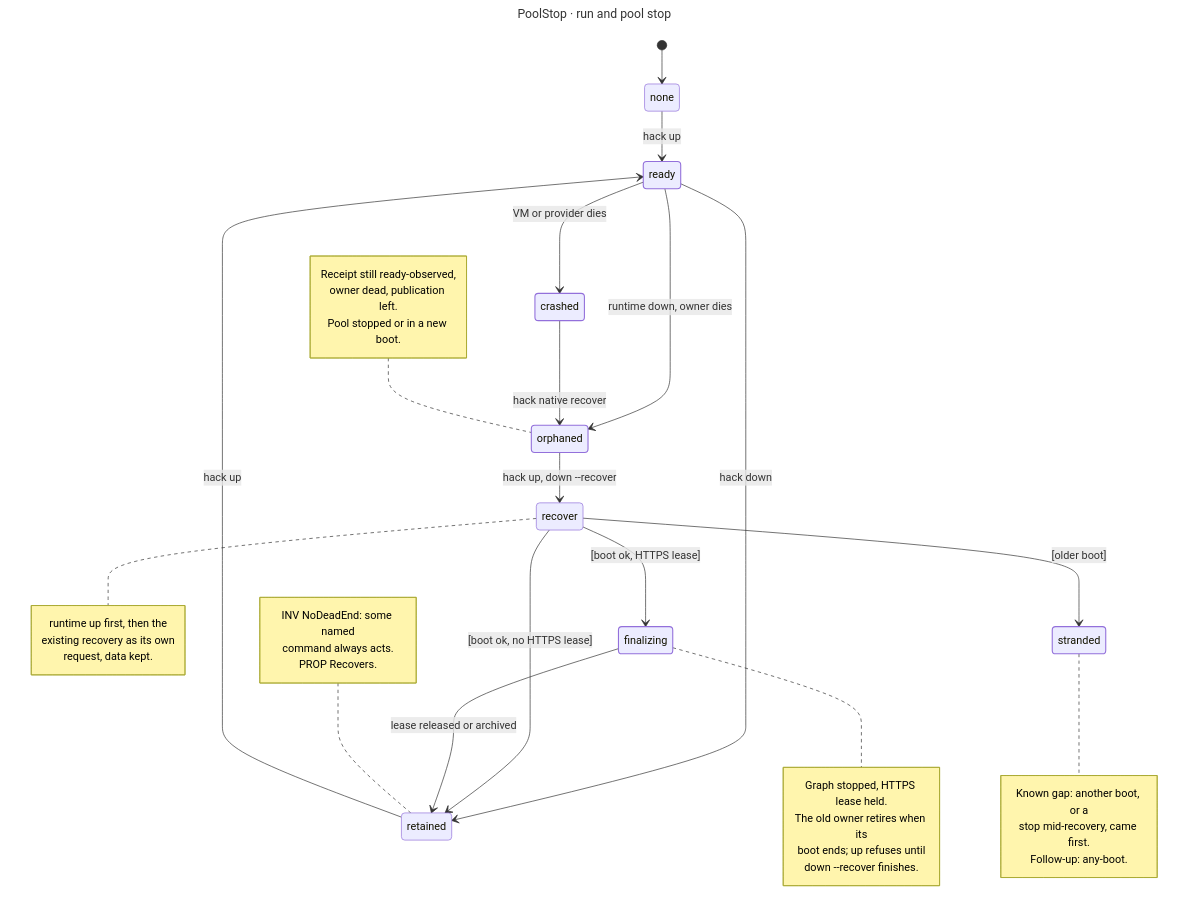
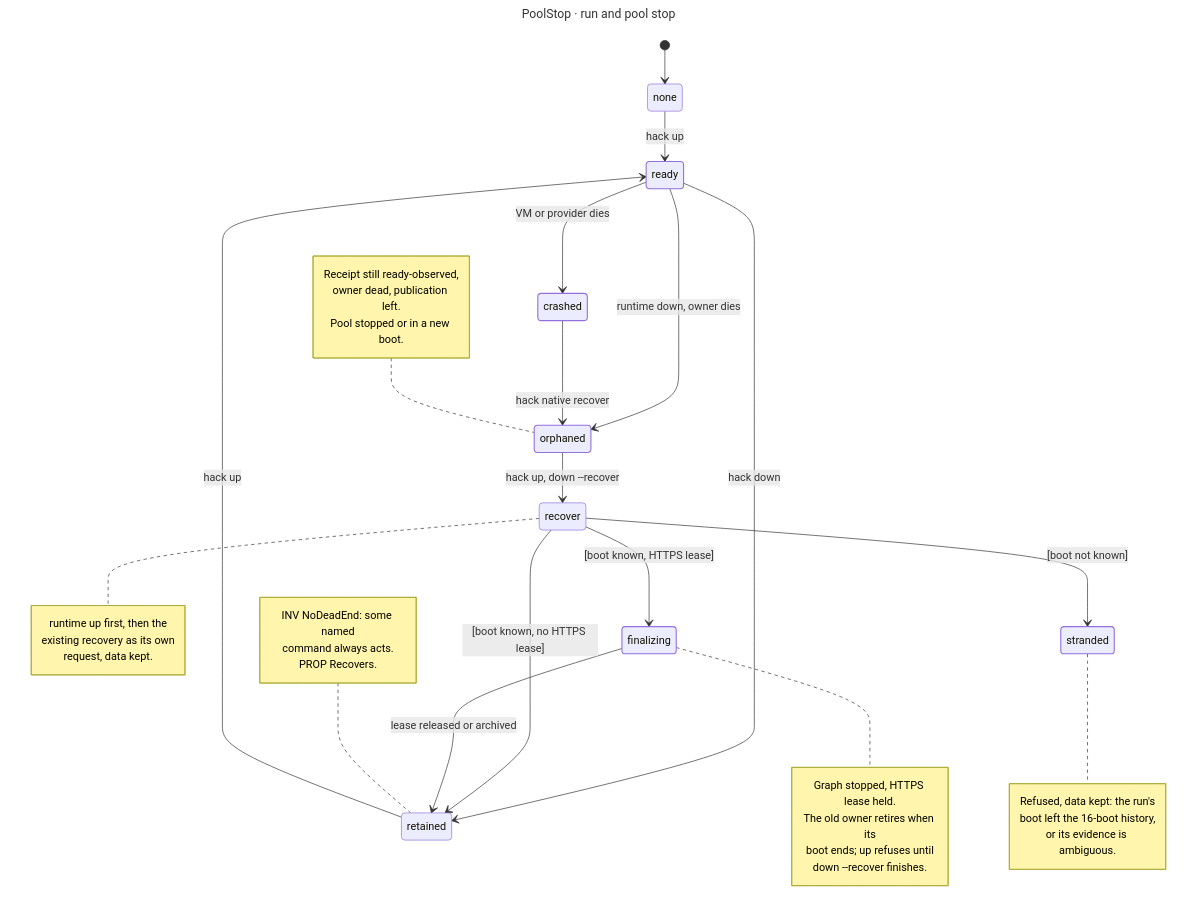
One commit to hack-dance/hack changed the diagram in docs/diagrams/native-pool-stop.mmd. Above: the diagram before and after it, drawn with Mermaid. The commit also changed 22 other files, not shown here.

```diff
--- a/docs/diagrams/native-pool-stop.mmd
+++ b/docs/diagrams/native-pool-stop.mmd
@@ -1,55 +1,55 @@
 ---
 title: PoolStop · run and pool stop
 ---
 stateDiagram-v2
     direction TB
     classDef ok stroke-width:1.6px
     classDef wait stroke-width:1.6px
     classDef fail stroke-width:1.6px
 
     [*] --> none
     none --> ready : hack up
     retained --> ready : hack up
     ready --> retained : hack down
     ready --> orphaned : runtime down, owner dies
     ready --> crashed : VM or provider dies
     crashed --> orphaned : hack native recover
     orphaned --> recover : hack up, down --recover
     state recover <<choice>>
-    recover --> retained : [boot ok, no HTTPS lease]
-    recover --> finalizing : [boot ok, HTTPS lease]
-    recover --> stranded : [older boot]
+    recover --> retained : [boot known, no HTTPS lease]
+    recover --> finalizing : [boot known, HTTPS lease]
+    recover --> stranded : [boot not known]
     finalizing --> retained : lease released or archived
 
     note left of orphaned
         Receipt still ready-observed,
         owner dead, publication left.
         Pool stopped or in a new boot.
     end note
     note right of recover
         runtime up first, then the
         existing recovery as its own
         request, data kept.
     end note
     note right of stranded
-        Known gap: another boot, or a
-        stop mid-recovery, came first.
-        Follow-up: any-boot.
+        Refused, data kept: the run's
+        boot left the 16-boot history,
+        or its evidence is ambiguous.
     end note
     note right of finalizing
         Graph stopped, HTTPS lease held.
         The old owner retires when its
         boot ends; up refuses until
         down --recover finishes.
     end note
     note left of retained
         INV NoDeadEnd: some named
         command always acts.
         PROP Recovers.
     end note
 
     class ready ok
     class orphaned wait
     class crashed wait
     class finalizing wait
     class stranded fail
```
